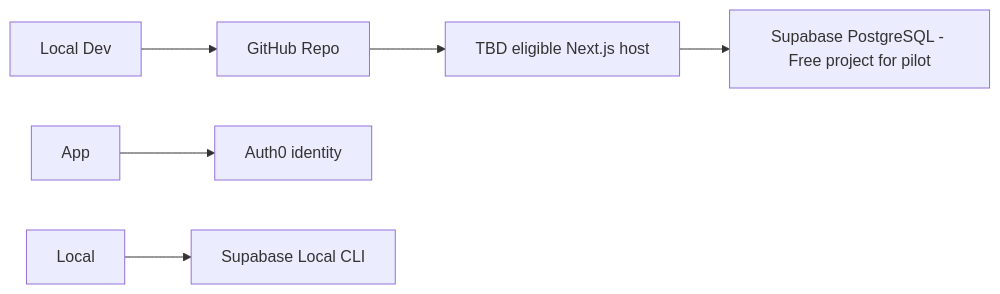
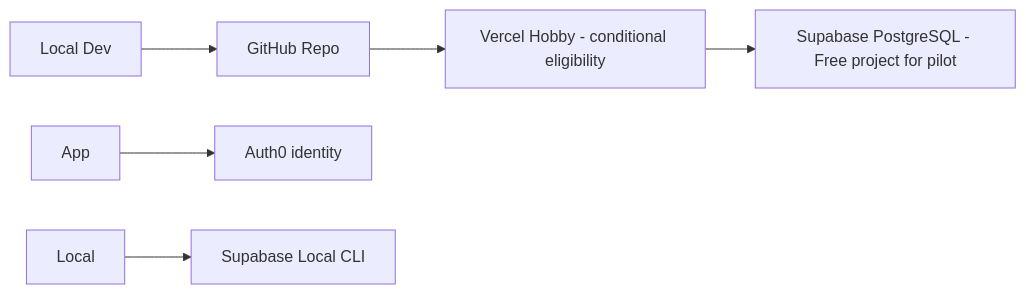
Before and after one commit to TheOneWith-3j/sports-community-app: the first of 2 diagrams in docs/13_DEPLOYMENT.md, drawn with Mermaid. The commit also changed other lines of this file and 1 other file, not shown here.

Commit message:
docs: record Vercel deployment evidence

````diff
--- a/docs/13_DEPLOYMENT.md
+++ b/docs/13_DEPLOYMENT.md
@@ -21,8 +21,8 @@
 ```mermaid
 flowchart LR
   Dev[Local Dev] --> GitHub[GitHub Repo]
-  GitHub --> Host[TBD eligible Next.js host]
+  GitHub --> Host[Vercel Hobby - conditional eligibility]
   Host --> SupabaseDB[Supabase PostgreSQL - Free project for pilot]
   App --> Auth0[Auth0 identity]
   Local --> SupabaseLocal[Supabase Local CLI]
 ```
````
